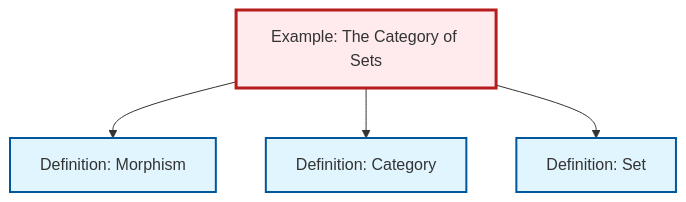
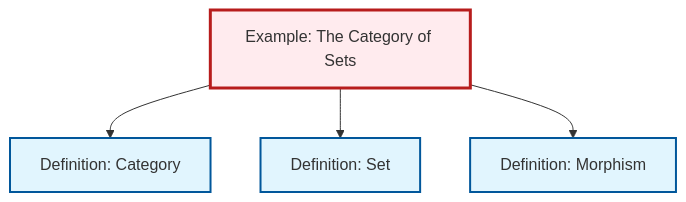
Before and after one commit to RK0429/ModernMath: the diagram in content/en/category-theory/ex-set-category.qmd, drawn with Mermaid. The commit also changed other lines of this file and 203 other files, not shown here.

````diff
--- a/content/en/category-theory/ex-set-category.qmd
+++ b/content/en/category-theory/ex-set-category.qmd
@@ -68,21 +68,17 @@
 ```{mermaid}
 %%| fig-cap: "Local dependency graph"
 graph TD
     classDef definition fill:#e1f5fe,stroke:#01579b,stroke-width:2px
     classDef theorem fill:#f3e5f5,stroke:#4a148c,stroke-width:2px
     classDef axiom fill:#fff3e0,stroke:#e65100,stroke-width:2px
     classDef example fill:#e8f5e9,stroke:#1b5e20,stroke-width:2px
     classDef current fill:#ffebee,stroke:#b71c1c,stroke-width:3px
+    def-category["Definition: Category"]:::definition
+    def-set["Definition: Set"]:::definition
+    def-morphism["Definition: Morphism"]:::definition
     ex-set-category["Example: The Category of Sets"]:::example
-    def-morphism["Definition: Morphism"]:::definition
-    def-set["Definition: Set"]:::definition
-    def-category["Definition: Category"]:::definition
-    ex-set-category --> def-morphism
     ex-set-category --> def-category
     ex-set-category --> def-set
+    ex-set-category --> def-morphism
     class ex-set-category current
-
-    click def-morphism "def-morphism.html" "Go to Morphism definition"
-    click def-set "def-set.html" "Go to Set definition"
-    click def-category "def-category.html" "Go to Category definition"
 ```
````
